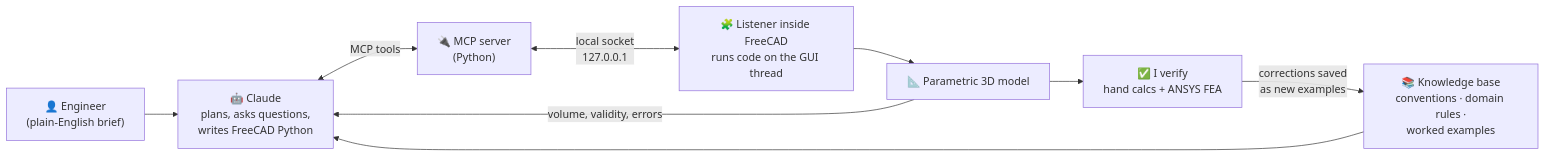
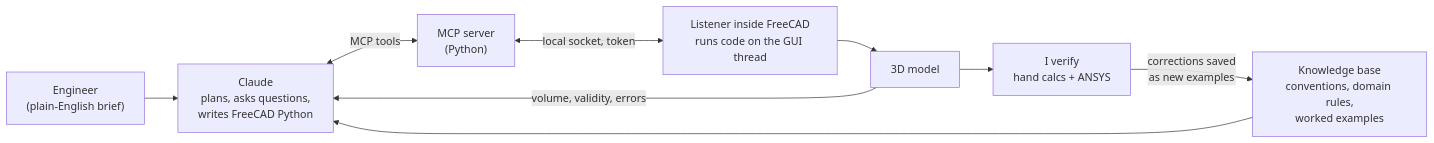
The diagram in README.md (bertwinshine/freecad-mcp-showcase), drawn with Mermaid before and after one commit. The commit also changed other lines of this file, not shown here.

Commit message:
Rework README: boats first, benchmark, tools, tests, security

````diff
--- a/README.md
+++ b/README.md
@@ -36,11 +40,11 @@
 ```mermaid
 flowchart LR
-    U["👤 Engineer<br/>(plain-English brief)"] --> C["🤖 Claude<br/>plans, asks questions,<br/>writes FreeCAD Python"]
-    K["📚 Knowledge base<br/>conventions · domain rules ·<br/>worked examples"] --> C
-    C <-->|MCP tools| S["🔌 MCP server<br/>(Python)"]
-    S <-->|"local socket<br/>127.0.0.1"| L["🧩 Listener inside FreeCAD<br/>runs code on the GUI thread"]
-    L --> M["📐 Parametric 3D model"]
+    U["Engineer<br/>(plain-English brief)"] --> C["Claude<br/>plans, asks questions,<br/>writes FreeCAD Python"]
+    K["Knowledge base<br/>conventions, domain rules,<br/>worked examples"] --> C
+    C <-->|MCP tools| S["MCP server<br/>(Python)"]
+    S <-->|"local socket, token"| L["Listener inside FreeCAD<br/>runs code on the GUI thread"]
+    L --> M["3D model"]
     M -->|"volume, validity, errors"| C
-    M --> V["✅ I verify<br/>hand calcs + ANSYS FEA"]
+    M --> V["I verify<br/>hand calcs + ANSYS"]
     V -->|"corrections saved<br/>as new examples"| K
 ```
````
